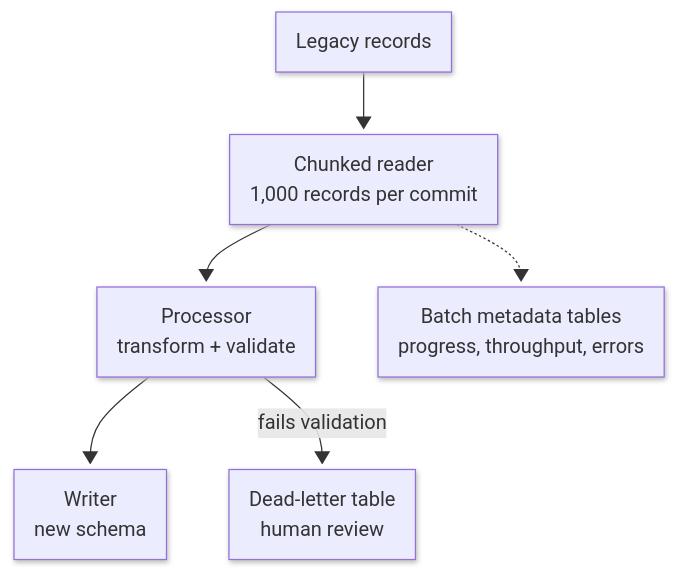
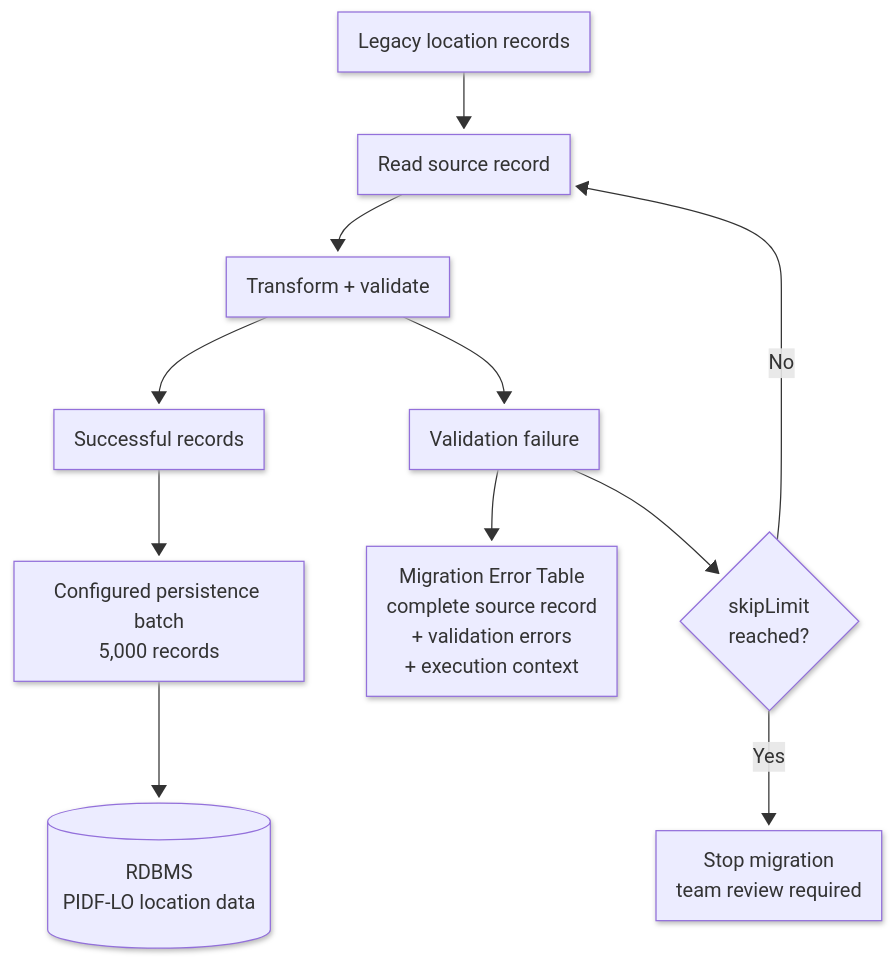
The second of 2 diagrams in src/content/blog/architecting-nextgen-e911-location-delivery.mdx (dzenyu/dzenyu.github.io), drawn with Mermaid before and after one commit. The commit also changed other lines of this file, not shown here.

First line of the commit message:
docs(blog): rewrite E911 post with accurate audit/migration architecture

````diff
--- a/src/content/blog/architecting-nextgen-e911-location-delivery.mdx
+++ b/src/content/blog/architecting-nextgen-e911-location-delivery.mdx
@@ -167,12 +402,33 @@
 ```mermaid
 ---
 config:
   look: neo
 ---
 flowchart TD
-    L["Legacy records"] --> R["Chunked reader<br/>1,000 records per commit"]
-    R --> P["Processor<br/>transform + validate"]
-    P --> W["Writer<br/>new schema"]
-    P -- fails validation --> DL["Dead-letter table<br/>human review"]
-    R -.-> MD["Batch metadata tables<br/>progress, throughput, errors"]
+    L["Legacy location records"]
+    R["Read source record"]
+    P["Transform + validate"]
+
+    S["Successful records"]
+    B["Configured persistence batch<br/>5,000 records"]
+    DB[("RDBMS<br/>PIDF-LO location data")]
+
+    F["Validation failure"]
+    E["Migration Error Table<br/>complete source record<br/>+ validation errors<br/>+ execution context"]
+
+    G{"skipLimit<br/>reached?"}
+    STOP["Stop migration<br/>team review required"]
+
+    L --> R
+    R --> P
+
+    P --> S
+    S --> B
+    B --> DB
+
+    P --> F
+    F --> E
+    F --> G
+    G -- "No" --> R
+    G -- "Yes" --> STOP
 ```
````
